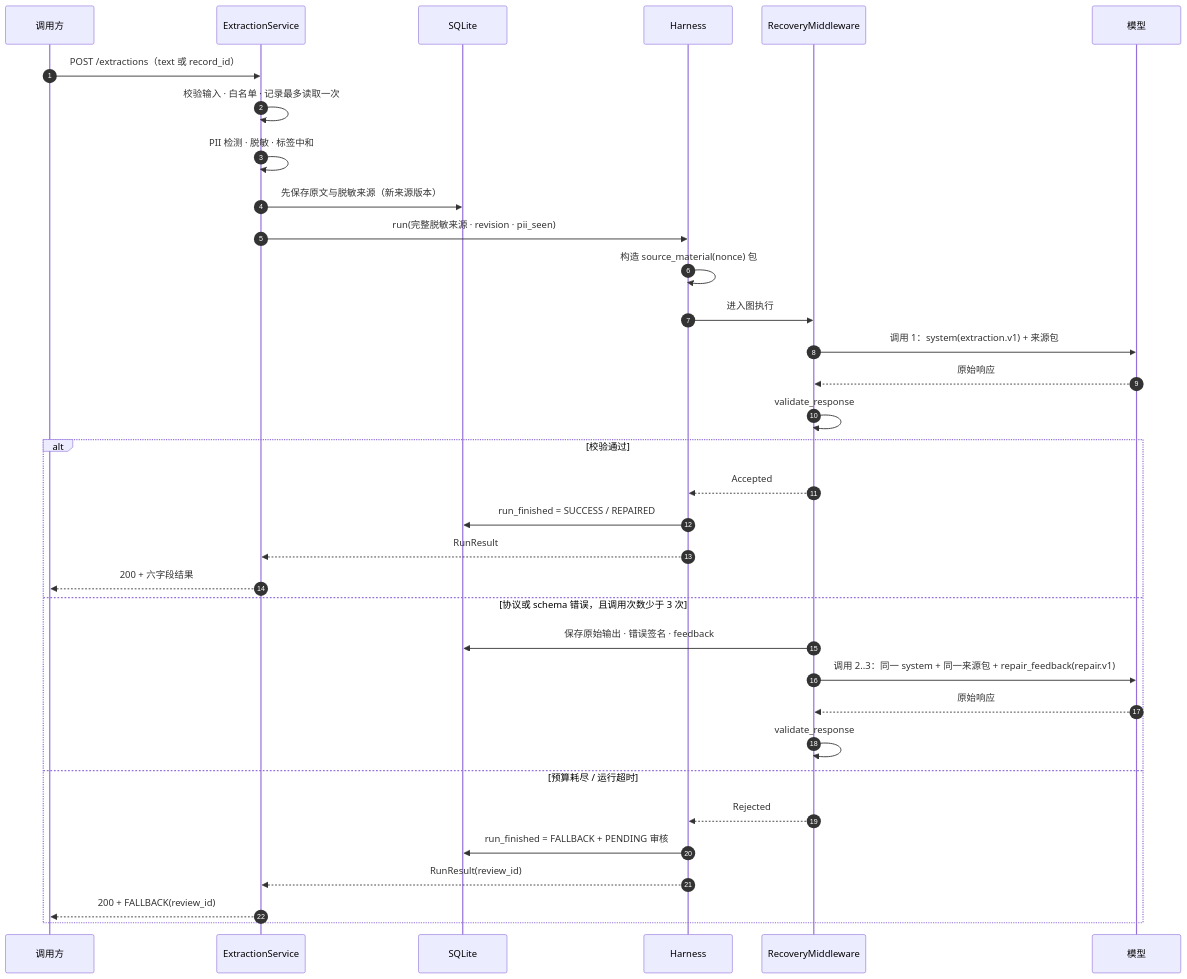
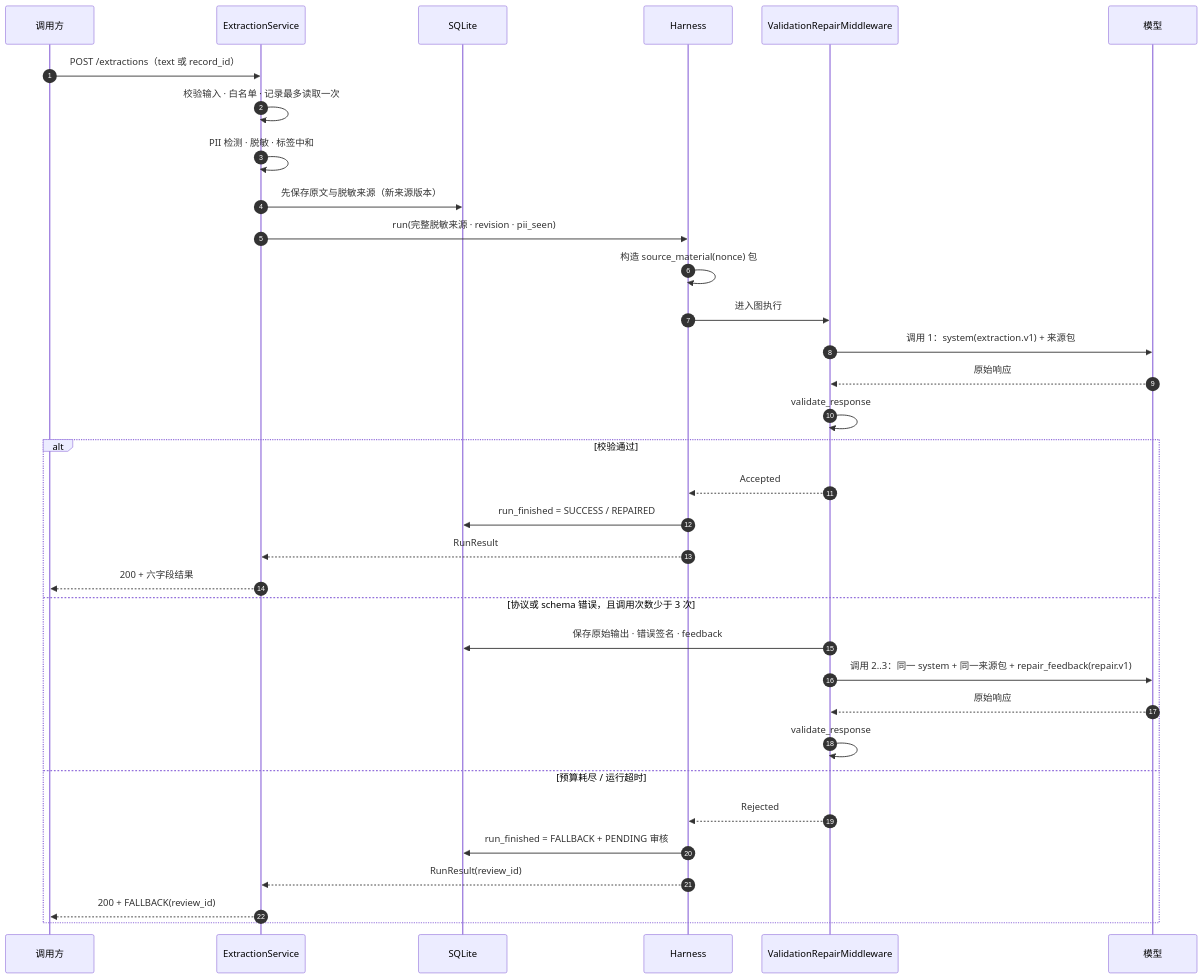
The second of 2 diagrams in README.md (guch96/support-extraction-harness), drawn with Mermaid before and after one commit. The commit also changed other lines of this file, not shown here.

Commit message:
docs: correct the middleware name and error-code notes

````diff
--- a/README.md
+++ b/README.md
@@ -635,39 +635,39 @@
 ```mermaid
 sequenceDiagram
     autonumber
     participant C as 调用方
     participant S as ExtractionService
     participant DB as SQLite
     participant H as Harness
-    participant M as RecoveryMiddleware
+    participant M as ValidationRepairMiddleware
     participant L as 模型
 
     C->>S: POST /extractions（text 或 record_id）
     S->>S: 校验输入 · 白名单 · 记录最多读取一次
     S->>S: PII 检测 · 脱敏 · 标签中和
     S->>DB: 先保存原文与脱敏来源（新来源版本）
     S->>H: run(完整脱敏来源 · revision · pii_seen)
     H->>H: 构造 source_material(nonce) 包
 
     H->>M: 进入图执行
     M->>L: 调用 1：system(extraction.v1) + 来源包
     L-->>M: 原始响应
     M->>M: validate_response
 
     alt 校验通过
         M-->>H: Accepted
         H->>DB: run_finished = SUCCESS / REPAIRED
         H-->>S: RunResult
         S-->>C: 200 + 六字段结果
     else 协议或 schema 错误，且调用次数少于 3 次
         M->>DB: 保存原始输出 · 错误签名 · feedback
         M->>L: 调用 2..3：同一 system + 同一来源包 + repair_feedback(repair.v1)
         L-->>M: 原始响应
         M->>M: validate_response
     else 预算耗尽 / 运行超时
         M-->>H: Rejected
         H->>DB: run_finished = FALLBACK + PENDING 审核
         H-->>S: RunResult(review_id)
         S-->>C: 200 + FALLBACK(review_id)
     end
 ```
````
